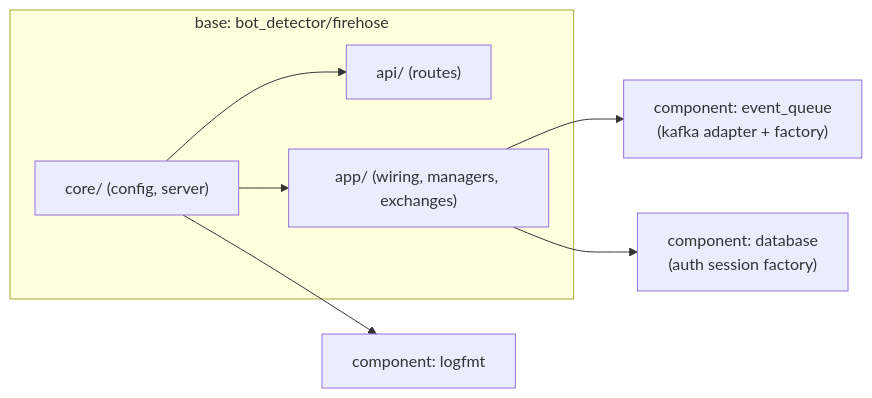
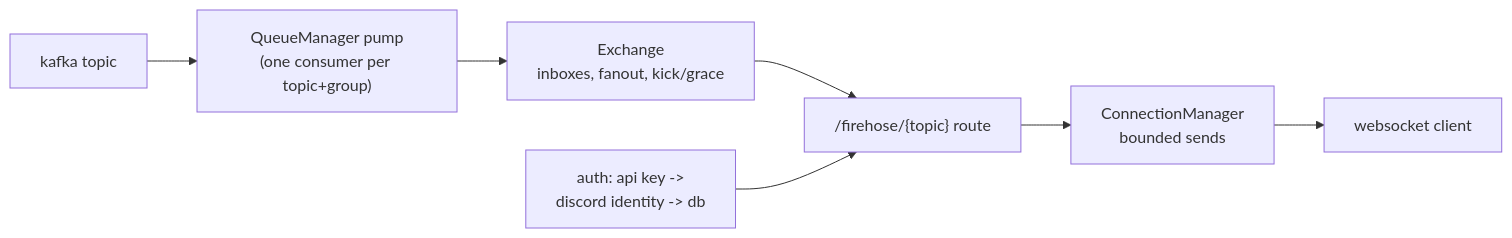
One commit to Bot-detector/bot_detector changed the diagram in bases/bot_detector/firehose/README.md. Above: the diagram before and after it, drawn with Mermaid. The commit also changed other lines of this file and 4 other files, not shown here.

First line of the commit message:
docs(firehose): base test guide + aiokafka resilience scenario

````diff
--- a/bases/bot_detector/firehose/README.md
+++ b/bases/bot_detector/firehose/README.md
@@ -49,18 +8,9 @@
 ```mermaid
 flowchart LR
-    subgraph BASE["base: bot_detector/firehose"]
-        API["api/ (routes)"]
-        APP["app/ (wiring, managers, exchanges)"]
-        CORE["core/ (config, server)"]
-    end
-
-    EQ["component: event_queue<br>(kafka adapter + factory)"]
-    DB["component: database<br>(auth session factory)"]
-    LOG["component: logfmt"]
-
-    CORE --> API
-    CORE --> APP
-    APP --> EQ
-    APP --> DB
-    CORE --> LOG
+    kafka["kafka topic"] --> pump["QueueManager pump\n(one consumer per topic+group)"]
+    pump --> exchange["Exchange\ninboxes, fanout, kick/grace"]
+    exchange --> route["/firehose/{topic} route"]
+    route --> cm["ConnectionManager\nbounded sends"]
+    cm --> ws["websocket client"]
+    auth["auth: api key ->\ndiscord identity -> db"] --> route
 ```
````
